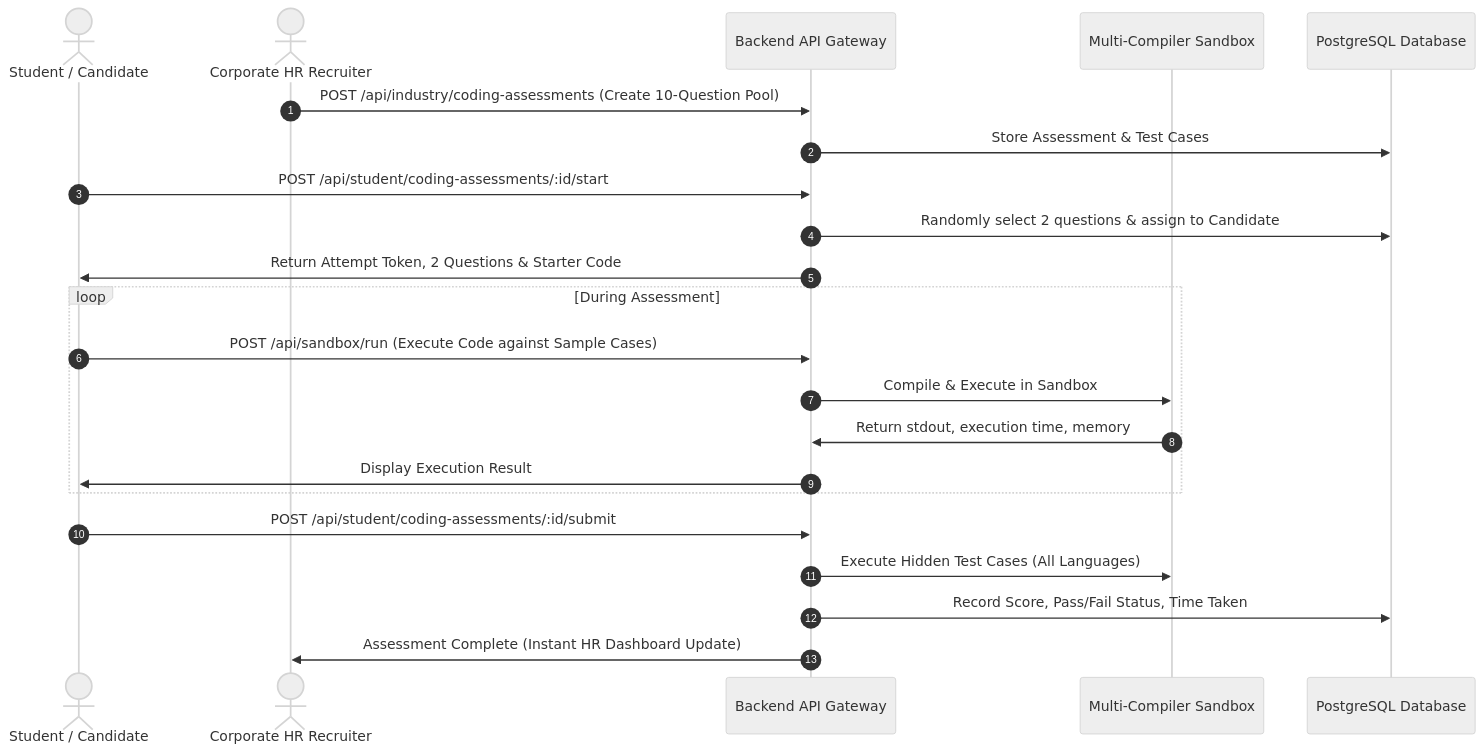
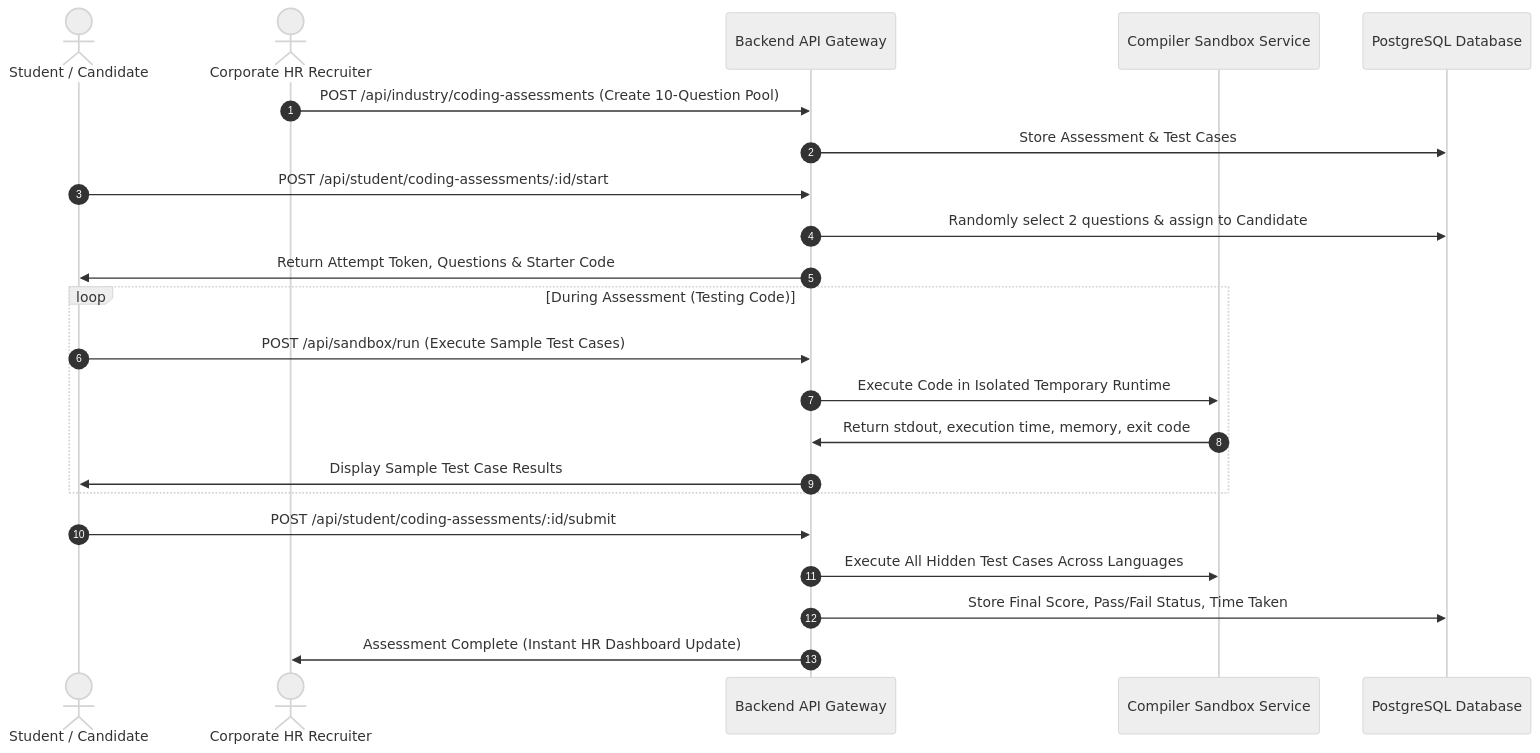
One commit to Tharun4743/taskmanager changed the fourth of 5 diagrams in README.md. Above: the diagram before and after it, drawn with Mermaid (neutral theme). The commit also changed other lines of this file and 1 other file, not shown here.

Commit message:
docs(readme): update comprehensive system architecture and fix(scheduler): non-blocking renderping with lock rollback

````diff
--- a/README.md
+++ b/README.md
@@ -178,28 +218,28 @@
 ```mermaid
 sequenceDiagram
     autonumber
     actor Candidate as Student / Candidate
     actor HR as Corporate HR Recruiter
     participant Server as Backend API Gateway
-    participant Sandbox as Multi-Compiler Sandbox
+    participant Sandbox as Compiler Sandbox Service
     participant DB as PostgreSQL Database
 
     HR->>Server: POST /api/industry/coding-assessments (Create 10-Question Pool)
     Server->>DB: Store Assessment & Test Cases
     
     Candidate->>Server: POST /api/student/coding-assessments/:id/start
     Server->>DB: Randomly select 2 questions & assign to Candidate
-    Server->>Candidate: Return Attempt Token, 2 Questions & Starter Code
+    Server->>Candidate: Return Attempt Token, Questions & Starter Code
     
-    loop During Assessment
-        Candidate->>Server: POST /api/sandbox/run (Execute Code against Sample Cases)
-        Server->>Sandbox: Compile & Execute in Sandbox
-        Sandbox->>Server: Return stdout, execution time, memory
-        Server->>Candidate: Display Execution Result
+    loop During Assessment (Testing Code)
+        Candidate->>Server: POST /api/sandbox/run (Execute Sample Test Cases)
+        Server->>Sandbox: Execute Code in Isolated Temporary Runtime
+        Sandbox->>Server: Return stdout, execution time, memory, exit code
+        Server->>Candidate: Display Sample Test Case Results
     end
     
     Candidate->>Server: POST /api/student/coding-assessments/:id/submit
-    Server->>Sandbox: Execute Hidden Test Cases (All Languages)
-    Server->>DB: Record Score, Pass/Fail Status, Time Taken
+    Server->>Sandbox: Execute All Hidden Test Cases Across Languages
+    Server->>DB: Store Final Score, Pass/Fail Status, Time Taken
     Server->>HR: Assessment Complete (Instant HR Dashboard Update)
 ```
````
